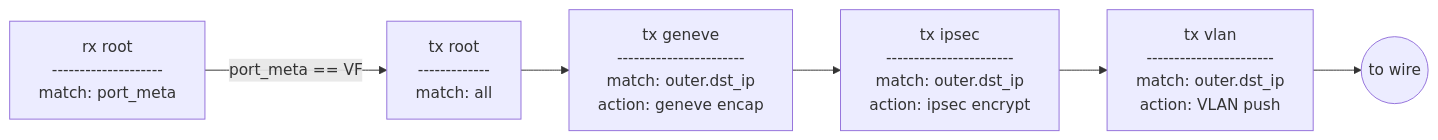
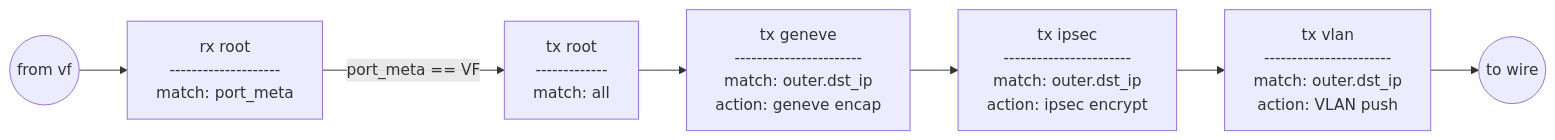
One commit to edmundselliot/doca-cloud changed the first of 3 diagrams in README.md. Above: the diagram before and after it, drawn with Mermaid. The commit also changed other lines of this file and 3 other files, not shown here.

````diff
--- a/README.md
+++ b/README.md
@@ -26,33 +26,35 @@
 ```mermaid
 flowchart LR
     A[rx root
     --------------------
     match: port_meta]
 
     B[tx root
     -------------
     match: all]
 
     C[tx geneve
     -----------------------
     match: outer.dst_ip
     action: geneve encap]
 
     D[tx ipsec
     -----------------------
     match: outer.dst_ip
     action: ipsec encrypt]
 
     E[tx vlan
     -----------------------
     match: outer.dst_ip
     action: VLAN push]
 
-    F((to wire))
+    VF((from vf))
+    WIRE((to wire))
 
+    VF --> A
     A -->|port_meta == VF| B
     B --> C
     C --> D
     D --> E
-    E --> F
+    E --> WIRE
 ```
````
